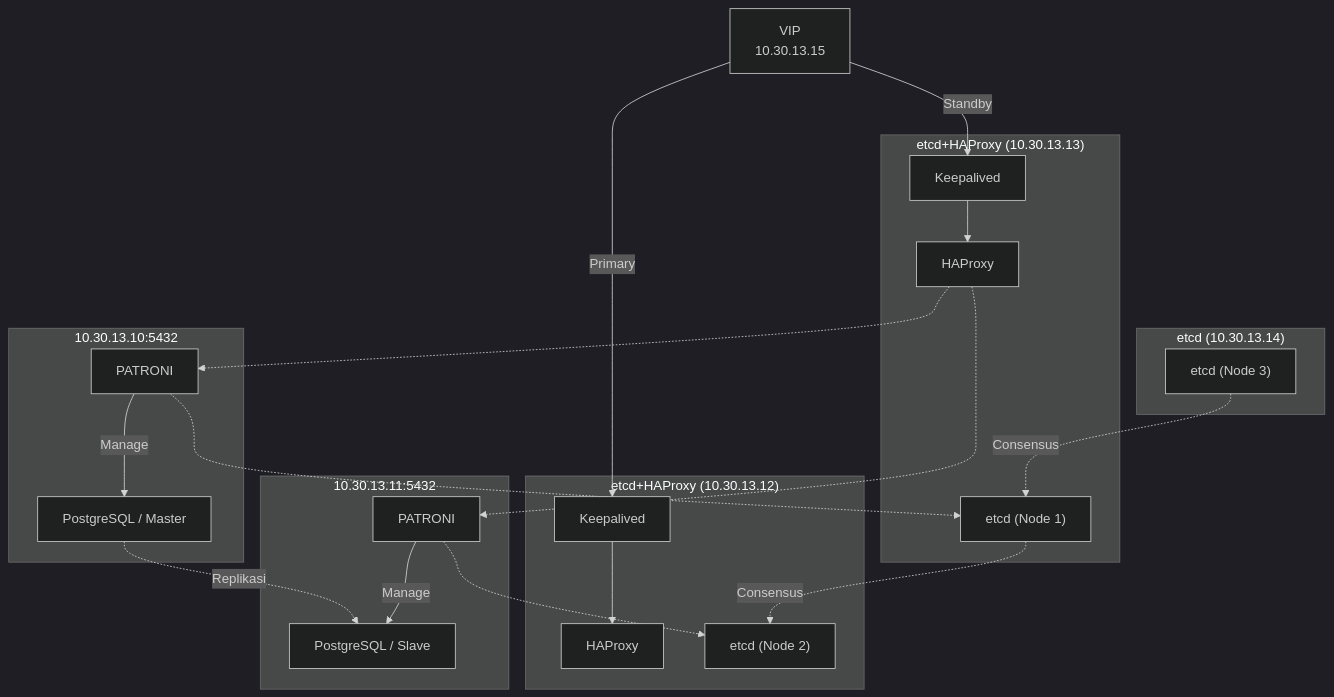
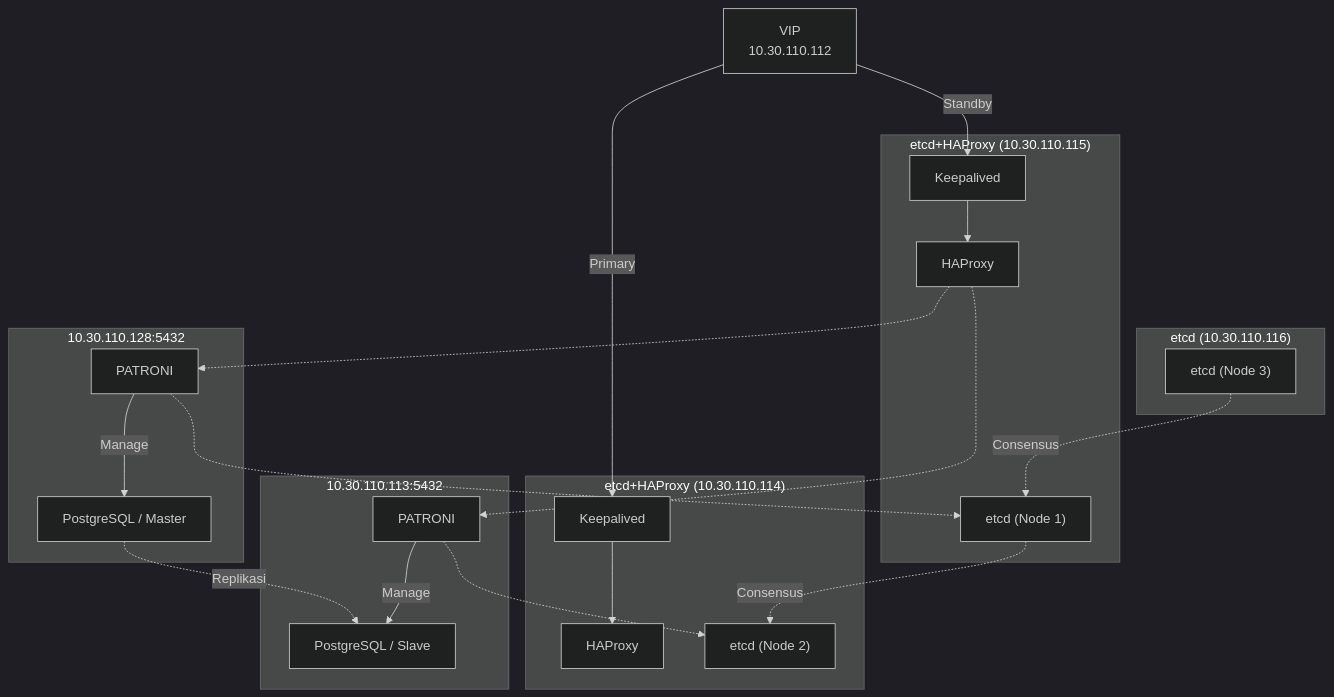
The diagram in plan_agent.md (xavierspacelix/DB_FAILOVER), drawn with Mermaid (dark theme) before and after one commit. The commit also changed other lines of this file and 19 other files, not shown here.

````diff
--- a/plan_agent.md
+++ b/plan_agent.md
@@ -8,40 +8,40 @@
 ```mermaid
 flowchart TD
-    VIP["VIP<br/>10.30.13.15"]
+    VIP["VIP<br/>10.30.110.112"]
 
-    subgraph Node12["etcd+HAProxy (10.30.13.12)"]
+    subgraph Node12["etcd+HAProxy (10.30.110.114)"]
         KA1[Keepalived] --> HA1[HAProxy]
         ETCD2["etcd (Node 2)"]
     end
 
-    subgraph Node13["etcd+HAProxy (10.30.13.13)"]
+    subgraph Node13["etcd+HAProxy (10.30.110.115)"]
         KA2[Keepalived] --> HA2[HAProxy]
         ETCD1["etcd (Node 1)"]
     end
 
-    subgraph Node14["etcd (10.30.13.14)"]
+    subgraph Node14["etcd (10.30.110.116)"]
         ETCD3["etcd (Node 3)"]
     end
 
     ETCD1 -. Consensus .-> ETCD2
     ETCD3 -. Consensus .-> ETCD1
 
     VIP -- Primary --> KA1
     VIP -- Standby --> KA2
 
     HA2 -.-> PAT_M[PATRONI]
     HA2 -.-> PAT_S[PATRONI]
 
-    subgraph MasterNode["10.30.13.10:5432"]
+    subgraph MasterNode["10.30.110.128:5432"]
         PAT_M -- Manage --> PG_M["PostgreSQL / Master"]
     end
 
-    subgraph SlaveNode["10.30.13.11:5432"]
+    subgraph SlaveNode["10.30.110.113:5432"]
         PAT_S -- Manage --> PG_S["PostgreSQL / Slave"]
     end
 
     PG_M -. Replikasi .-> PG_S
 
     PAT_M -.-> ETCD1
     PAT_S -.-> ETCD2
 ```
````
